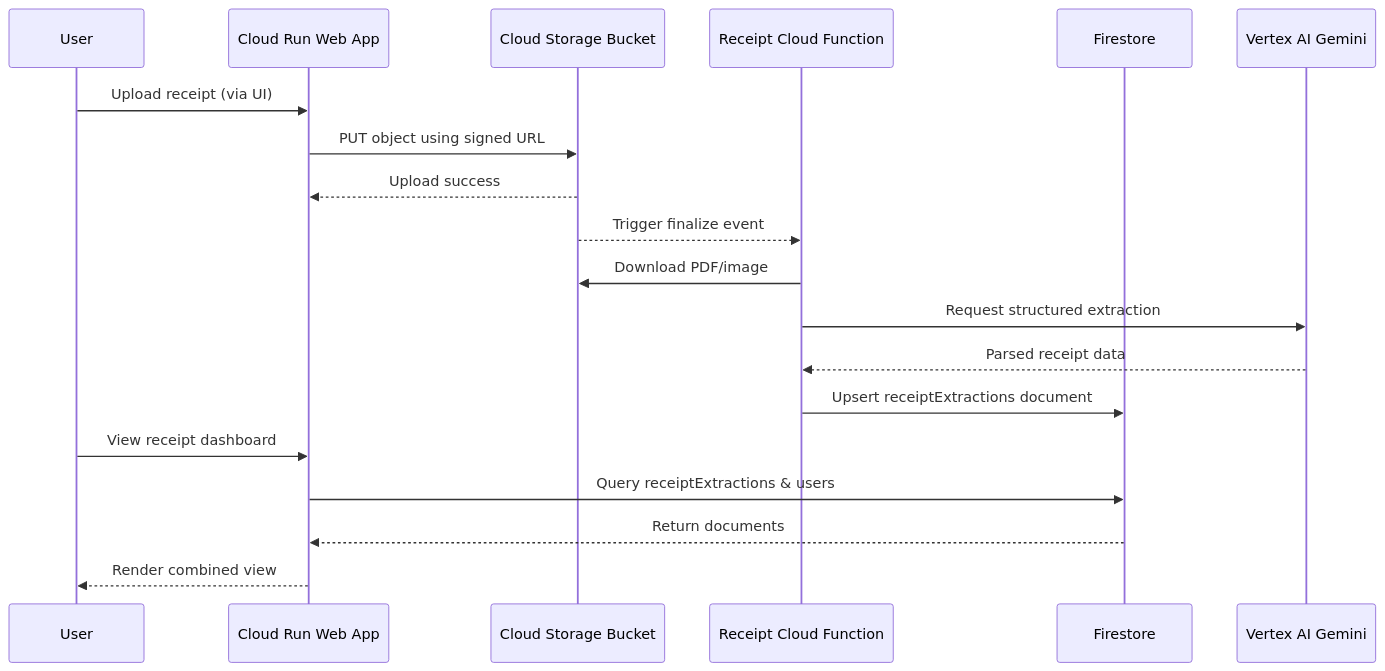
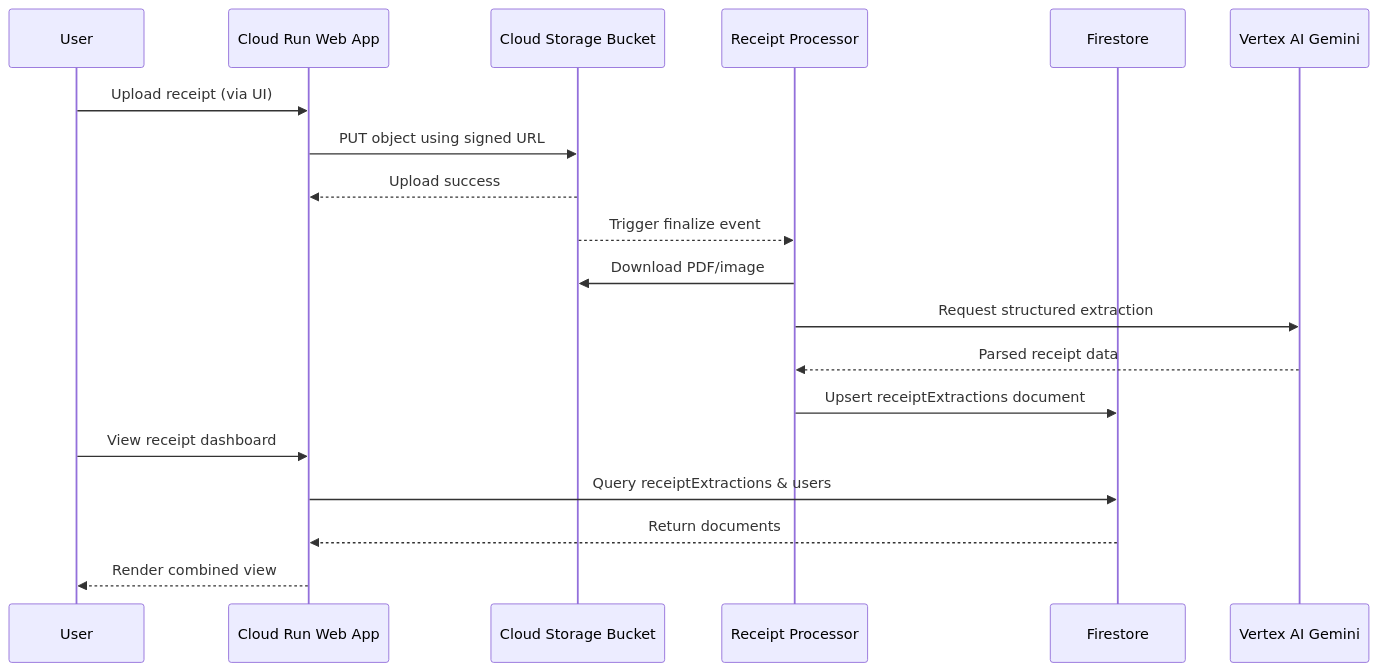
Before and after one commit to pekelund-dev/codex-test: the second of 3 diagrams in docs/system-architecture-diagrams.md, drawn with Mermaid. The commit also changed other lines of this file and 26 other files, not shown here.

````diff
--- a/docs/system-architecture-diagrams.md
+++ b/docs/system-architecture-diagrams.md
@@ -62,22 +62,22 @@
 ```mermaid
 sequenceDiagram
     participant User as User
     participant CloudRun as Cloud Run Web App
     participant Storage as Cloud Storage Bucket
-    participant GCF as Receipt Cloud Function
+    participant ProcessorService as Receipt Processor
     participant Firestore
     participant Gemini as Vertex AI Gemini
 
     User->>CloudRun: Upload receipt (via UI)
     CloudRun->>Storage: PUT object using signed URL
     Storage-->>CloudRun: Upload success
-    Storage-->>GCF: Trigger finalize event
-    GCF->>Storage: Download PDF/image
-    GCF->>Gemini: Request structured extraction
-    Gemini-->>GCF: Parsed receipt data
-    GCF->>Firestore: Upsert receiptExtractions document
+    Storage-->>ProcessorService: Trigger finalize event
+    ProcessorService->>Storage: Download PDF/image
+    ProcessorService->>Gemini: Request structured extraction
+    Gemini-->>ProcessorService: Parsed receipt data
+    ProcessorService->>Firestore: Upsert receiptExtractions document
     User->>CloudRun: View receipt dashboard
     CloudRun->>Firestore: Query receiptExtractions & users
     Firestore-->>CloudRun: Return documents
     CloudRun-->>User: Render combined view
 ```
````
